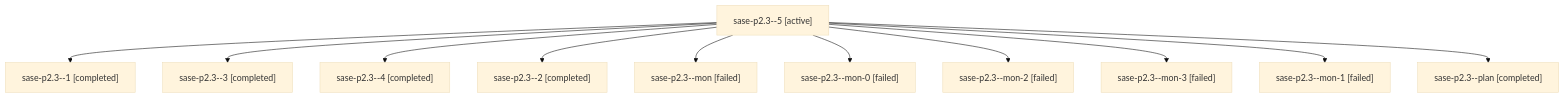
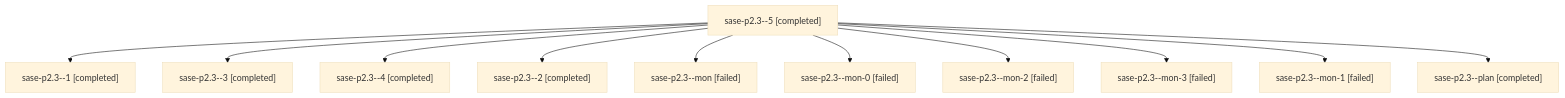
The diagram in families/bbugyi200.athena.sase-p2.3.md (sase-org/sase--agents), drawn with Mermaid (base theme) before and after one commit. The commit also changed other lines of this file and 86 other files, not shown here.

````diff
--- a/families/bbugyi200.athena.sase-p2.3.md
+++ b/families/bbugyi200.athena.sase-p2.3.md
@@ -9,24 +9,24 @@
 ```mermaid
 flowchart TD
-  n0["sase-p2.3--5 [active]"]
+  n0["sase-p2.3--5 [completed]"]
   n1["sase-p2.3--1 [completed]"]
   n0 --> n1
   n2["sase-p2.3--3 [completed]"]
   n0 --> n2
   n3["sase-p2.3--4 [completed]"]
   n0 --> n3
   n4["sase-p2.3--2 [completed]"]
   n0 --> n4
   n5["sase-p2.3--mon [failed]"]
   n0 --> n5
   n6["sase-p2.3--mon-0 [failed]"]
   n0 --> n6
   n7["sase-p2.3--mon-2 [failed]"]
   n0 --> n7
   n8["sase-p2.3--mon-3 [failed]"]
   n0 --> n8
   n9["sase-p2.3--mon-1 [failed]"]
   n0 --> n9
   n10["sase-p2.3--plan [completed]"]
   n0 --> n10
 ```
````
